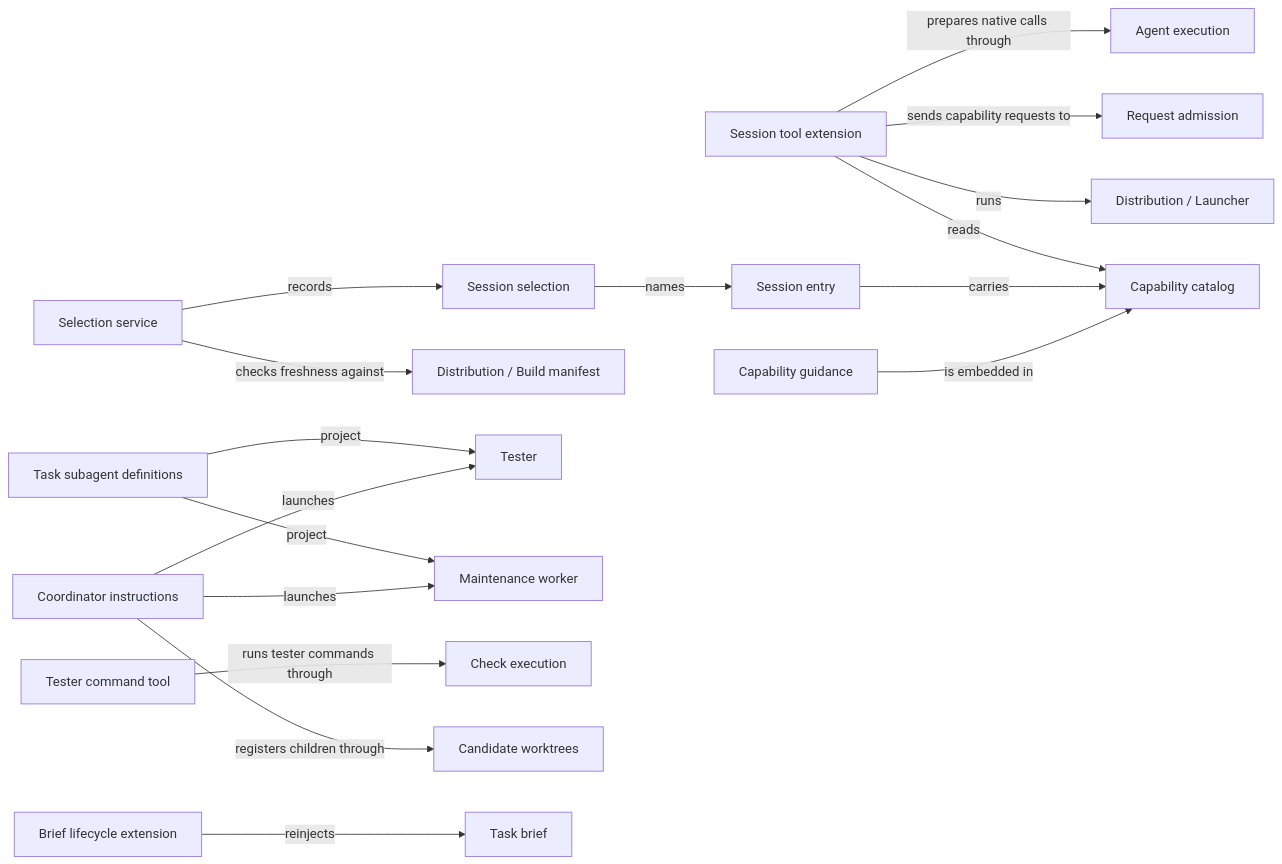
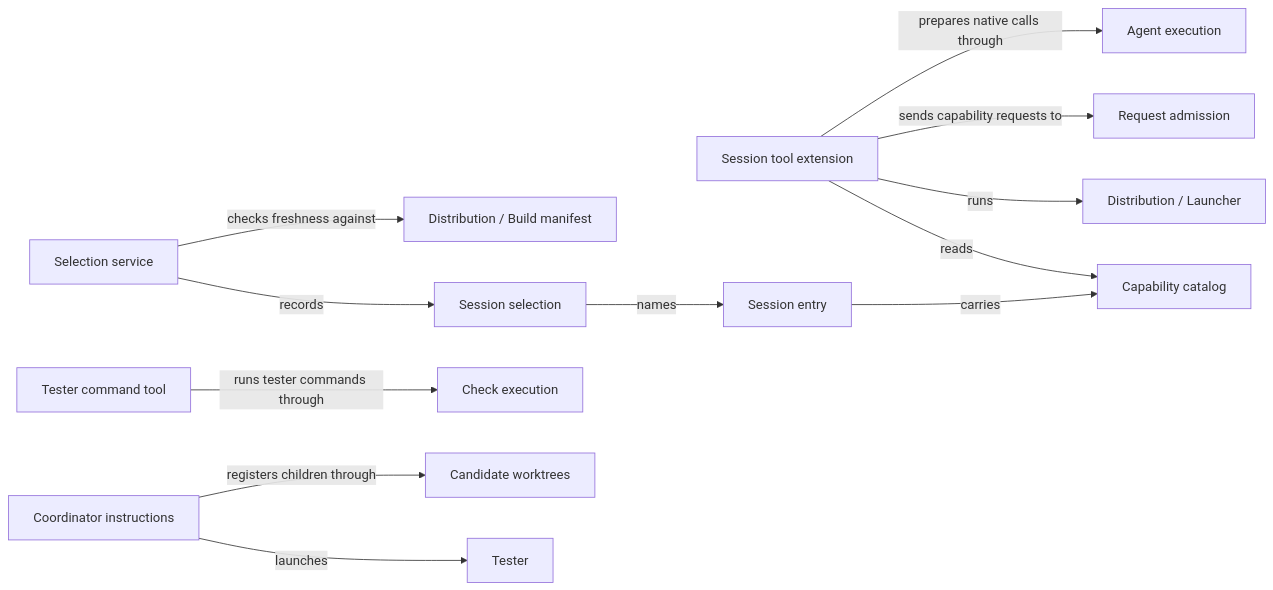
Before and after one commit to FTOD/concorde: the diagram in specs/concorde/session/module.md, drawn with Mermaid. The commit also changed other lines of this file and 82 other files, not shown here.

````diff
--- a/specs/concorde/session/module.md
+++ b/specs/concorde/session/module.md
@@ -261,21 +122,16 @@
 ```mermaid
 flowchart LR
     accTitle: Pi session collaborations
-    accDescr: The session tool reads the catalog carried by the session entry, runs the launcher, sends requests to admission and prepares native calls through Agent execution; the selection service records selections checked against the build manifest; Task subagents are projected and the tester runs commands through Check execution.
+    accDescr: The principal collaborations of the session tool, the selection service and the Task subagents.
     tool[Session tool extension] -->|reads| catalog[Capability catalog]
     entry[Session entry] -->|carries| catalog
-    guidance[Capability guidance] -->|is embedded in| catalog
     tool -->|runs| launcher[Distribution / Launcher]
     tool -->|sends capability requests to| admission[Request admission]
     tool -->|prepares native calls through| execution[Agent execution]
     selsvc[Selection service] -->|records| selection[Session selection]
     selection -->|names| entry
     selsvc -->|checks freshness against| manifest[Distribution / Build manifest]
-    projector[Task subagent definitions] -->|project| tester[Tester]
-    projector -->|project| worker[Maintenance worker]
     testtool[Tester command tool] -->|runs tester commands through| checks[Check execution]
-    coordinator[Coordinator instructions] -->|launches| tester
-    coordinator -->|launches| worker
+    coordinator[Coordinator instructions] -->|launches| tester[Tester]
     coordinator -->|registers children through| worktrees[Candidate worktrees]
-    lifecycle[Brief lifecycle extension] -->|reinjects| brief[Task brief]
 ```
````
